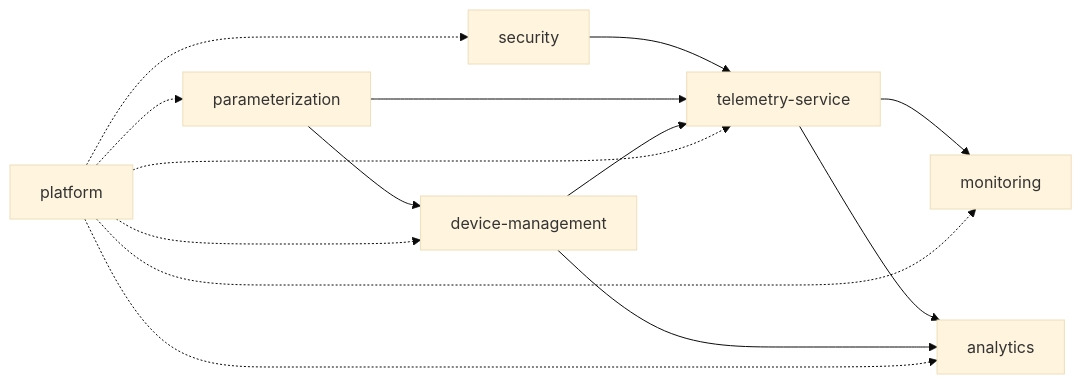
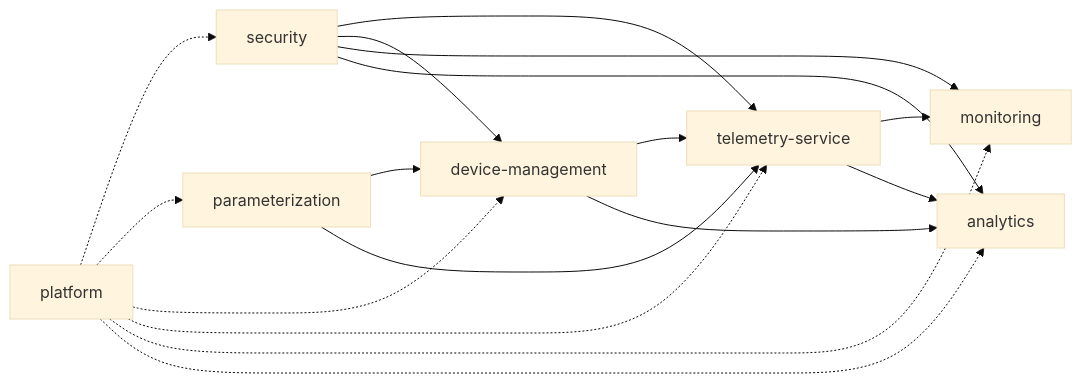
The diagram in docs/15-project-control/dependencies.md (SomnGuard/somnguard-docs), drawn with Mermaid (base theme) before and after one commit. The commit also changed 46 other files, not shown here.

````diff
--- a/docs/15-project-control/dependencies.md
+++ b/docs/15-project-control/dependencies.md
@@ -32,16 +32,19 @@
 ```mermaid
 flowchart LR
     SEC[security] --> TEL[telemetry-service]
+    SEC --> DEV[device-management]
+    SEC --> MON[monitoring]
+    SEC --> ANL[analytics]
     PAR[parameterization] --> DEV[device-management]
     PAR --> TEL
     DEV --> TEL
     TEL --> MON[monitoring]
     TEL --> ANL[analytics]
     DEV --> ANL
     PLAT[platform] -.-> SEC
     PLAT -.-> PAR
     PLAT -.-> DEV
     PLAT -.-> TEL
     PLAT -.-> MON
     PLAT -.-> ANL
 ```
````
